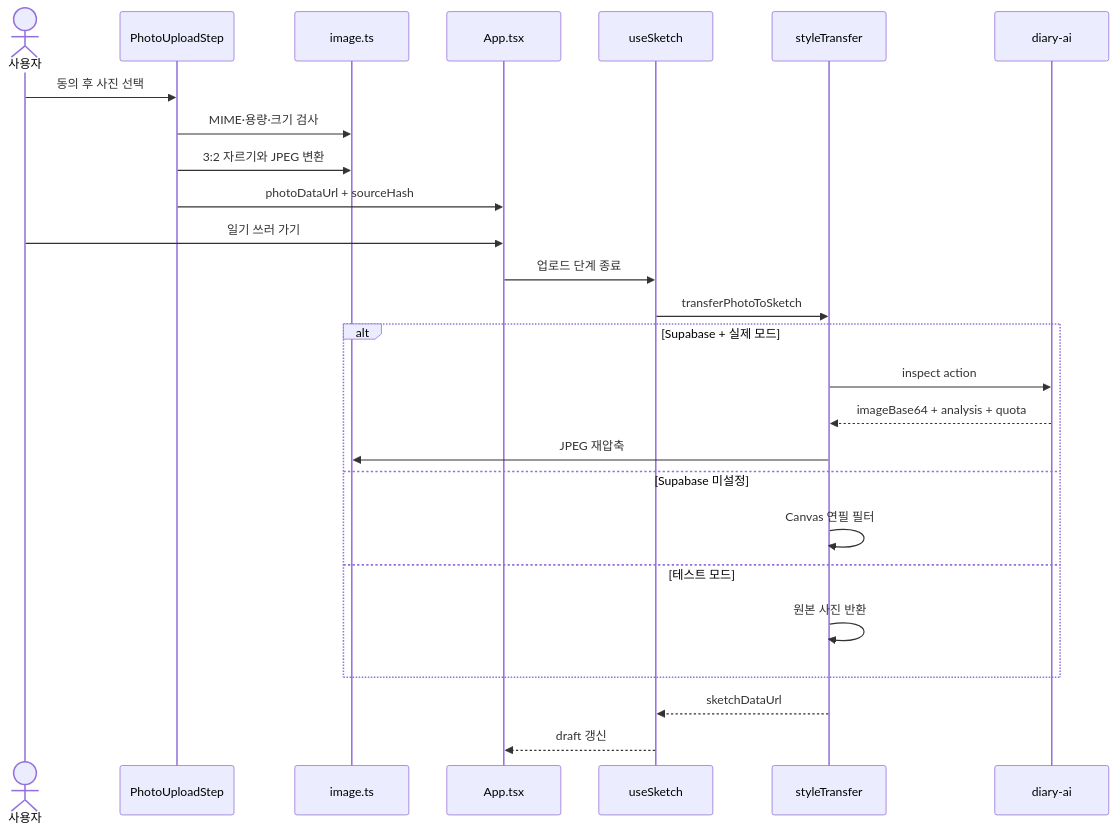
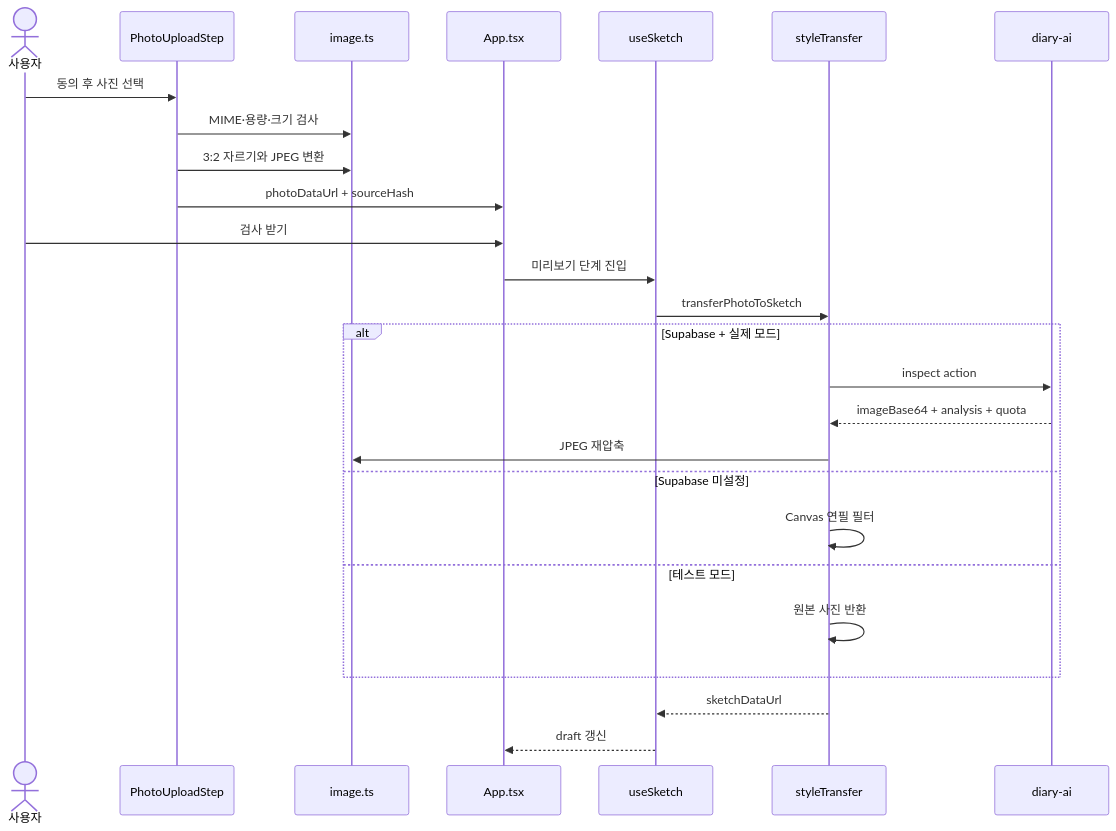
One commit to SummerVacationDiaryTMD/Summer_Vacation_Diary changed the second of 3 diagrams in docs/architecture.md. Above: the diagram before and after it, drawn with Mermaid. The commit also changed other lines of this file and 11 other files, not shown here.

````diff
--- a/docs/architecture.md
+++ b/docs/architecture.md
@@ -116,29 +124,29 @@
 ```mermaid
 sequenceDiagram
     actor User as 사용자
     participant Upload as PhotoUploadStep
     participant Image as image.ts
     participant App as App.tsx
     participant Sketch as useSketch
     participant Service as styleTransfer
     participant Edge as diary-ai
 
     User->>Upload: 동의 후 사진 선택
     Upload->>Image: MIME·용량·크기 검사
     Upload->>Image: 3:2 자르기와 JPEG 변환
     Upload->>App: photoDataUrl + sourceHash
-    User->>App: 일기 쓰러 가기
-    App->>Sketch: 업로드 단계 종료
+    User->>App: 검사 받기
+    App->>Sketch: 미리보기 단계 진입
     Sketch->>Service: transferPhotoToSketch
     alt Supabase + 실제 모드
         Service->>Edge: inspect action
         Edge-->>Service: imageBase64 + analysis + quota
         Service->>Image: JPEG 재압축
     else Supabase 미설정
         Service->>Service: Canvas 연필 필터
     else 테스트 모드
         Service->>Service: 원본 사진 반환
     end
     Service-->>Sketch: sketchDataUrl
     Sketch-->>App: draft 갱신
 ```
````
